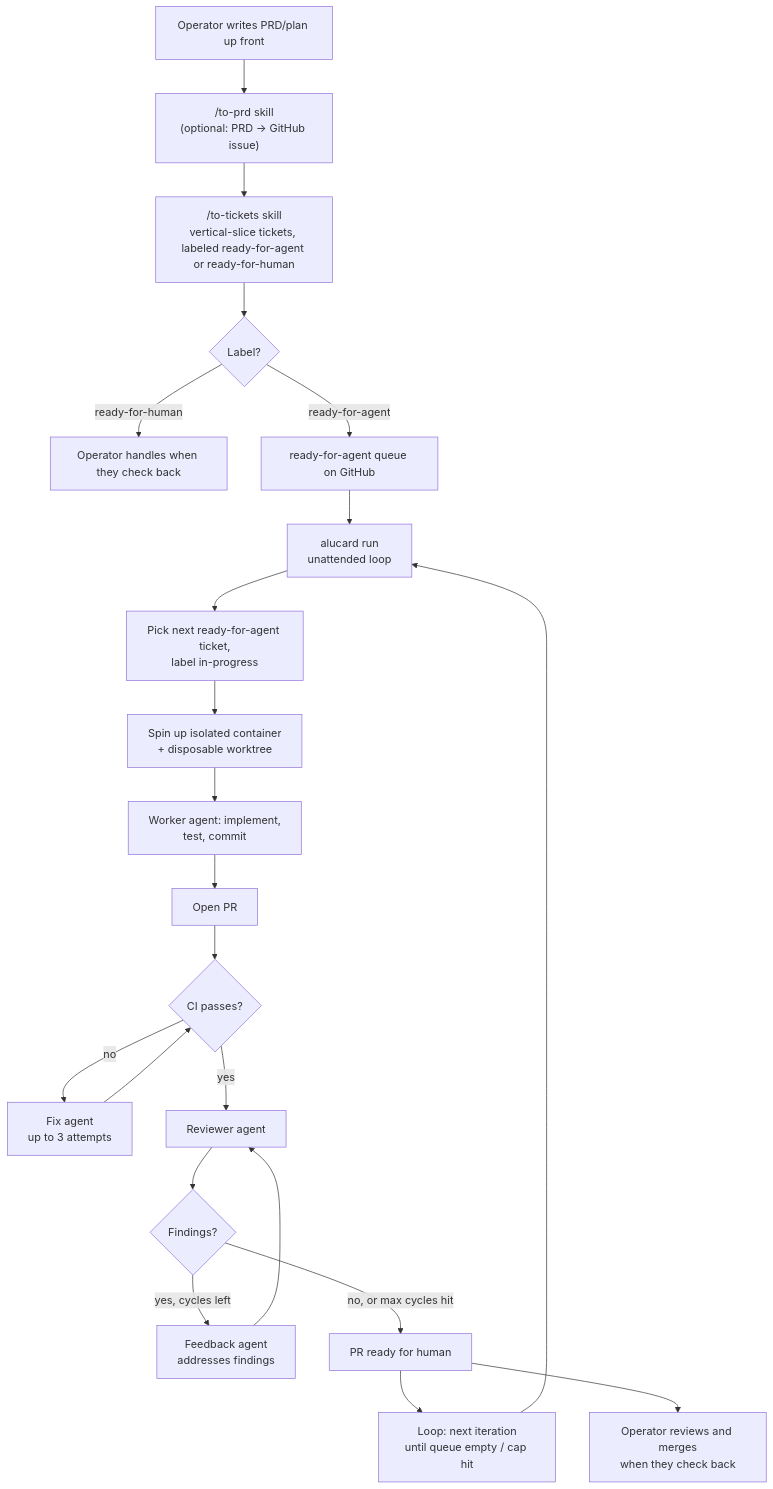
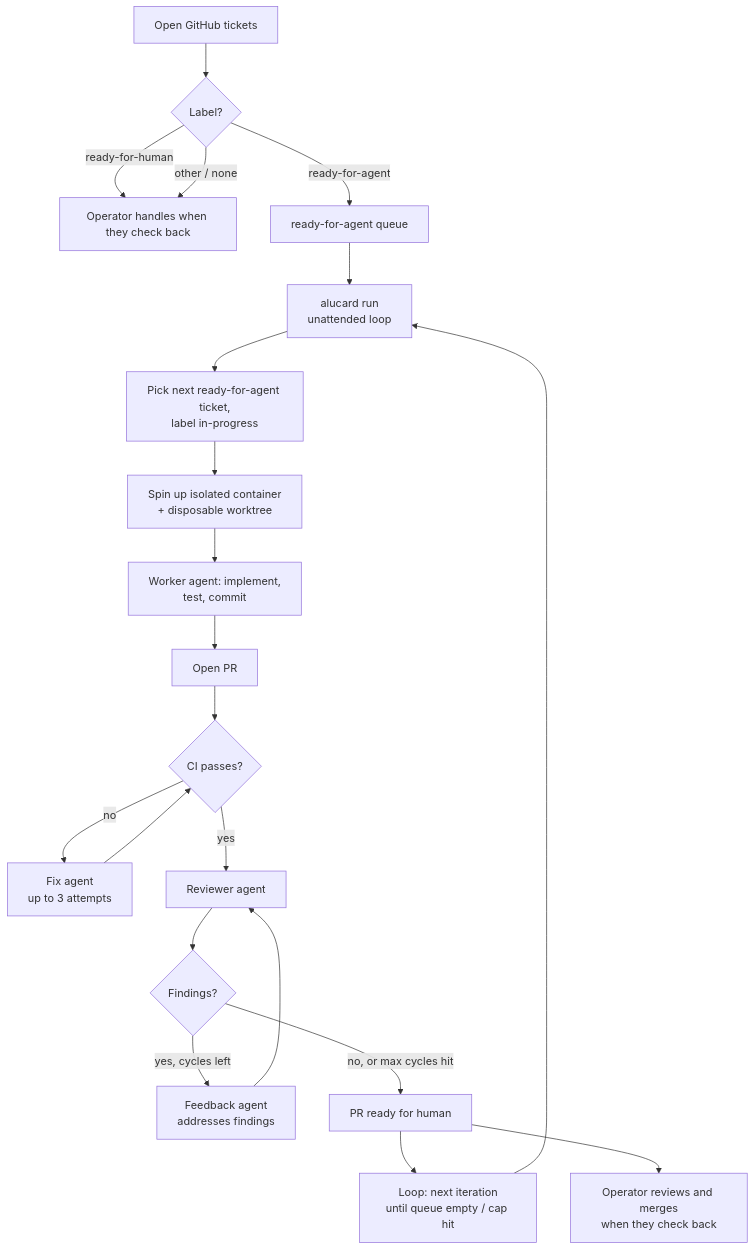
One commit to aldovc/alucard changed the diagram in README.md. Above: the diagram before and after it, drawn with Mermaid. The commit also changed other lines of this file and 7 other files, not shown here.

First line of the commit message:
docs: queue is labels; authoring skills are optional

````diff
--- a/README.md
+++ b/README.md
@@ -24,27 +23,26 @@
 ```mermaid
 flowchart TD
-    A[Operator writes PRD/plan up front] --> B["/to-prd skill<br/>(optional: PRD → GitHub issue)"]
-    B --> C["/to-tickets skill<br/>vertical-slice tickets, labeled ready-for-agent or ready-for-human"]
-    C --> D{Label?}
+    A[Open GitHub tickets] --> D{Label?}
     D -->|ready-for-human| E[Operator handles when they check back]
-    D -->|ready-for-agent| F[ready-for-agent queue on GitHub]
+    D -->|ready-for-agent| F[ready-for-agent queue]
+    D -->|other / none| E
 
     F --> G[alucard run<br/>unattended loop]
     G --> H[Pick next ready-for-agent ticket,<br/>label in-progress]
     H --> I[Spin up isolated container<br/>+ disposable worktree]
     I --> J[Worker agent: implement,<br/>test, commit]
     J --> K[Open PR]
 
     K --> L{CI passes?}
     L -->|no| M[Fix agent<br/>up to 3 attempts]
     M --> L
     L -->|yes| N[Reviewer agent]
     N --> O{Findings?}
     O -->|yes, cycles left| P[Feedback agent<br/>addresses findings]
     P --> N
     O -->|no, or max cycles hit| Q[PR ready for human]
 
     Q --> R[Loop: next iteration<br/>until queue empty / cap hit]
     R --> G
     Q --> S[Operator reviews and merges<br/>when they check back]
 ```
````
